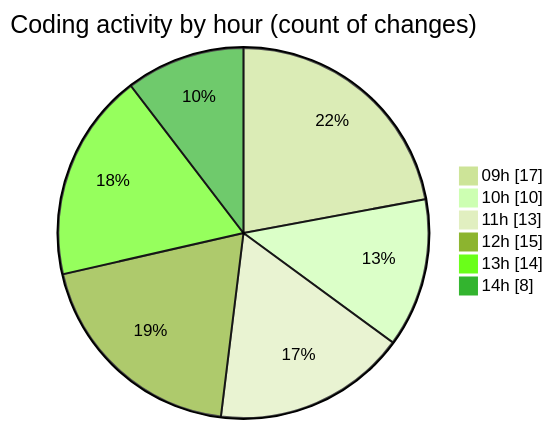
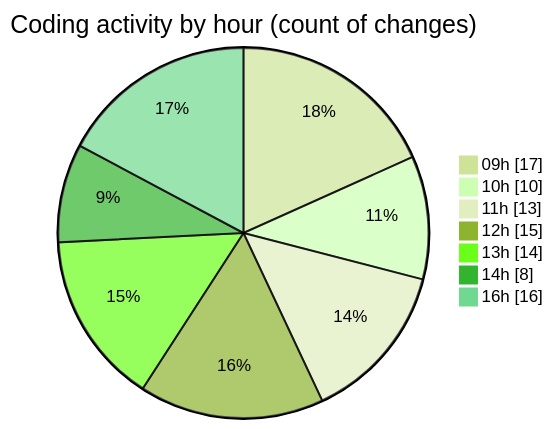
One commit to momahboobian/code-tracking changed the second of 2 diagrams in 2026-06-04/cda/README.md. Above: the diagram before and after it, drawn with Mermaid (forest theme). The commit also changed other lines of this file and 1 other file, not shown here.

````diff
--- a/2026-06-04/cda/README.md
+++ b/2026-06-04/cda/README.md
@@ -58,10 +65,11 @@
 ```mermaid
 pie showData
 title Coding activity by hour (count of changes)
 "09h" : 17
 "10h" : 10
 "11h" : 13
 "12h" : 15
 "13h" : 14
 "14h" : 8
+"16h" : 16
 ```
````
